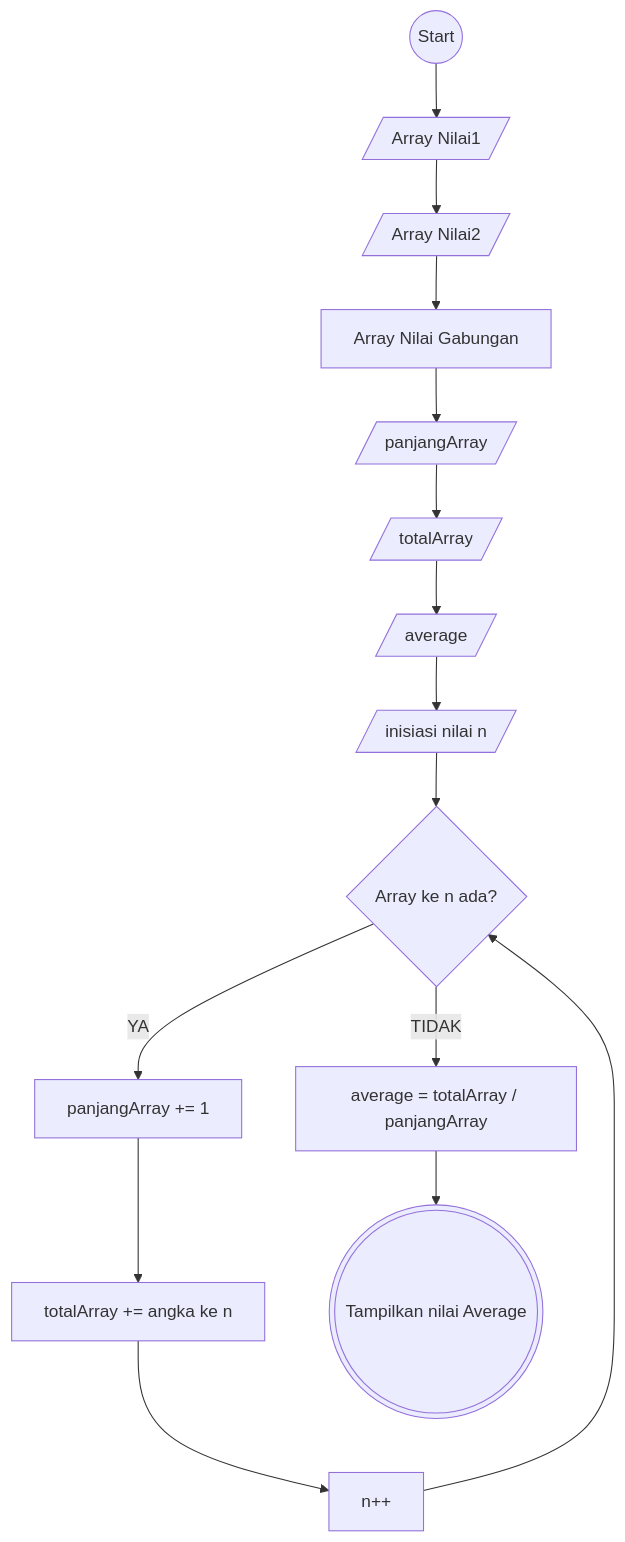
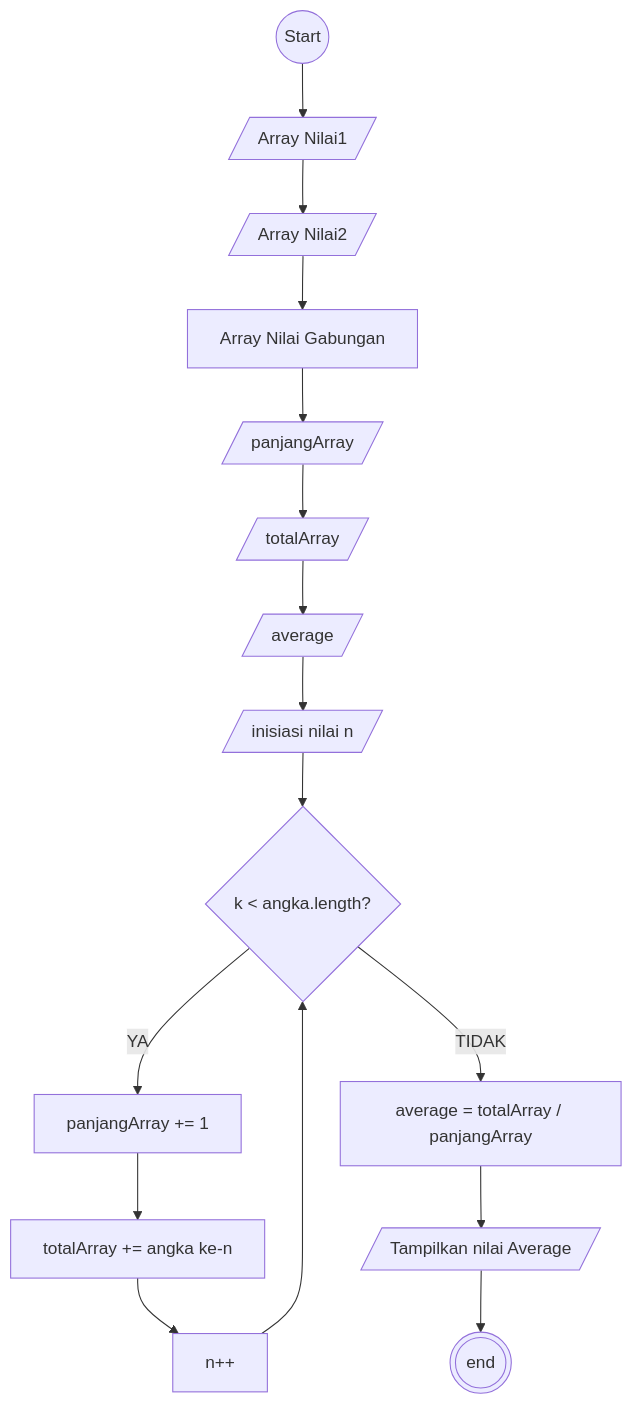
The third of 3 diagrams in koda-b1-javascript2-minitask1.md (mfchrzlmzakky/koda-b1-javascript2), drawn with Mermaid before and after one commit. The commit also changed other lines of this file and 1 other file, not shown here.

Commit message:
refactor: update array initialization and improve flowchart syntax in documentation

````diff
--- a/koda-b1-javascript2-minitask1.md
+++ b/koda-b1-javascript2-minitask1.md
@@ -54,25 +59,25 @@
 ```mermaid
 flowchart TB
 start((Start))
 input2[/panjangArray/]
 input3[/totalArray/]
 input6[/average/]
 input1[/Array Nilai1/]
 input11[/Array Nilai2/]
 input7[/inisiasi nilai n/]
 proses1[n++]
 proses2[panjangArray += 1]
-proses3[totalArray += angka ke n]
-proses3[totalArray += angka ke n]
+proses3[totalArray += angka ke-n]
 proses4[average = totalArray / panjangArray]
 proses122[Array Nilai Gabungan]
-check1{Array ke n ada?}
-output1(((Tampilkan nilai Average)))
+check1{k < angka.length?}
+output1[/Tampilkan nilai Average/]
+selesai(((end)))
 start -->input1-->input11-->proses122
 proses122-->input2-->input3-->input6
 input6 --> input7
 input7 --> check1
 check1 -- YA --> proses2-->proses3 --> proses1
 proses1 --> check1
-check1 -- TIDAK --> proses4-->output1
+check1 -- TIDAK --> proses4-->output1 --> selesai
 ```
````
